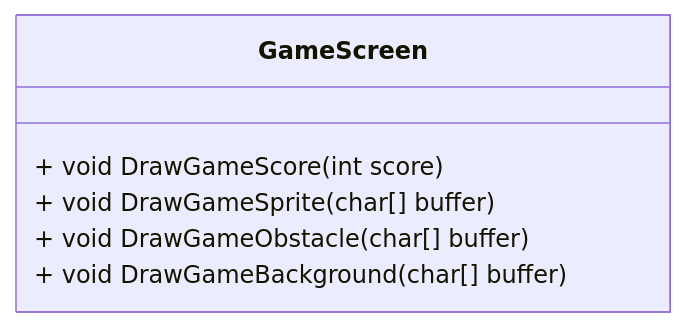
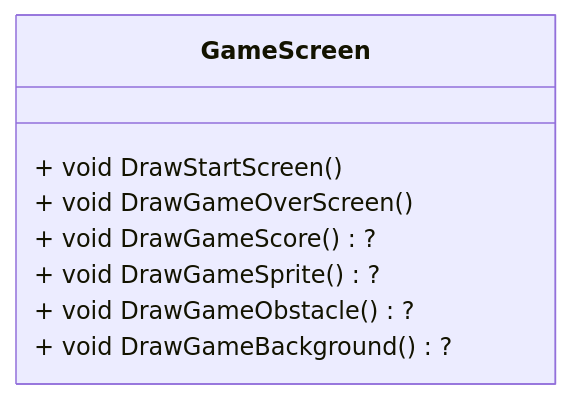
One commit to NexusWeave/MVP-FlappyBird-cs changed the eighth of 9 diagrams in dokumentasjon/diagram/klasse-diagram.md. Above: the diagram before and after it, drawn with Mermaid. The commit also changed other lines of this file, not shown here.

Commit message:
klassediagram endret med StateScreen

````diff
--- a/dokumentasjon/diagram/klasse-diagram.md
+++ b/dokumentasjon/diagram/klasse-diagram.md
@@ -87,11 +87,16 @@
 ```mermaid
     classDiagram
         direction TD
 
         class GameScreen {
-            + void DrawGameScore(int score)
-            + void DrawGameSprite(char[] buffer)
-            + void DrawGameObstacle(char[] buffer)
-            + void DrawGameBackground(char[] buffer) 
+            + void DrawStartScreen()
+            + void DrawGameOverScreen()
+
+            %% Suggestions
+            + void DrawGameScore()?
+            + void DrawGameSprite()? 
+            + void DrawGameObstacle()?
+            + void DrawGameBackground()? 
+            
         }
 ```
````
